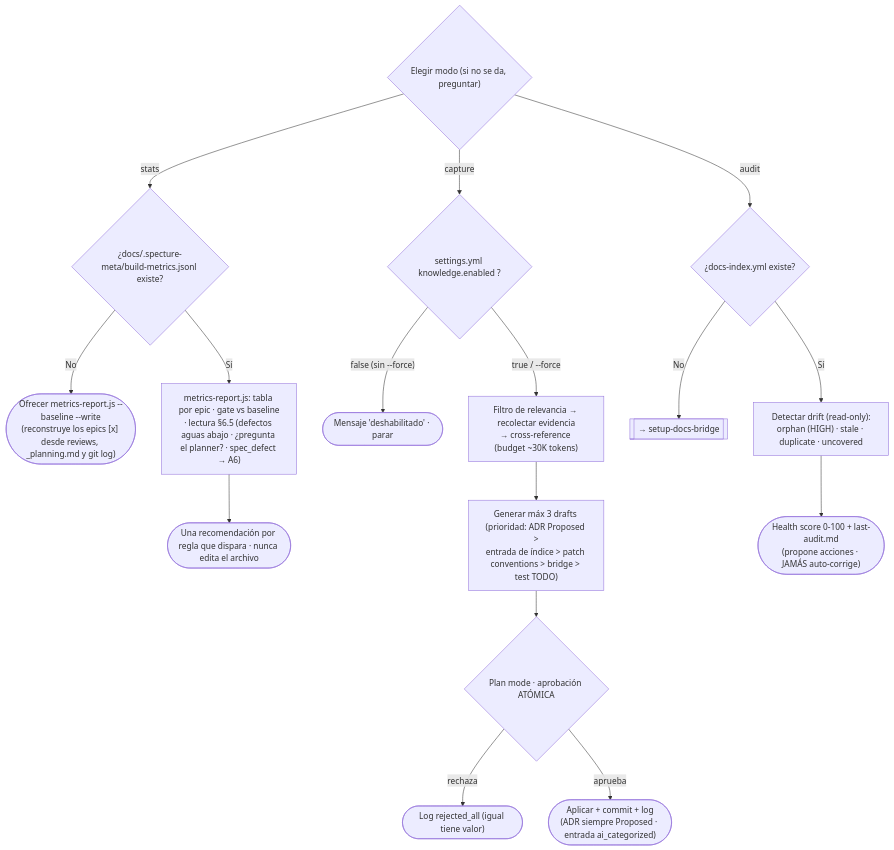
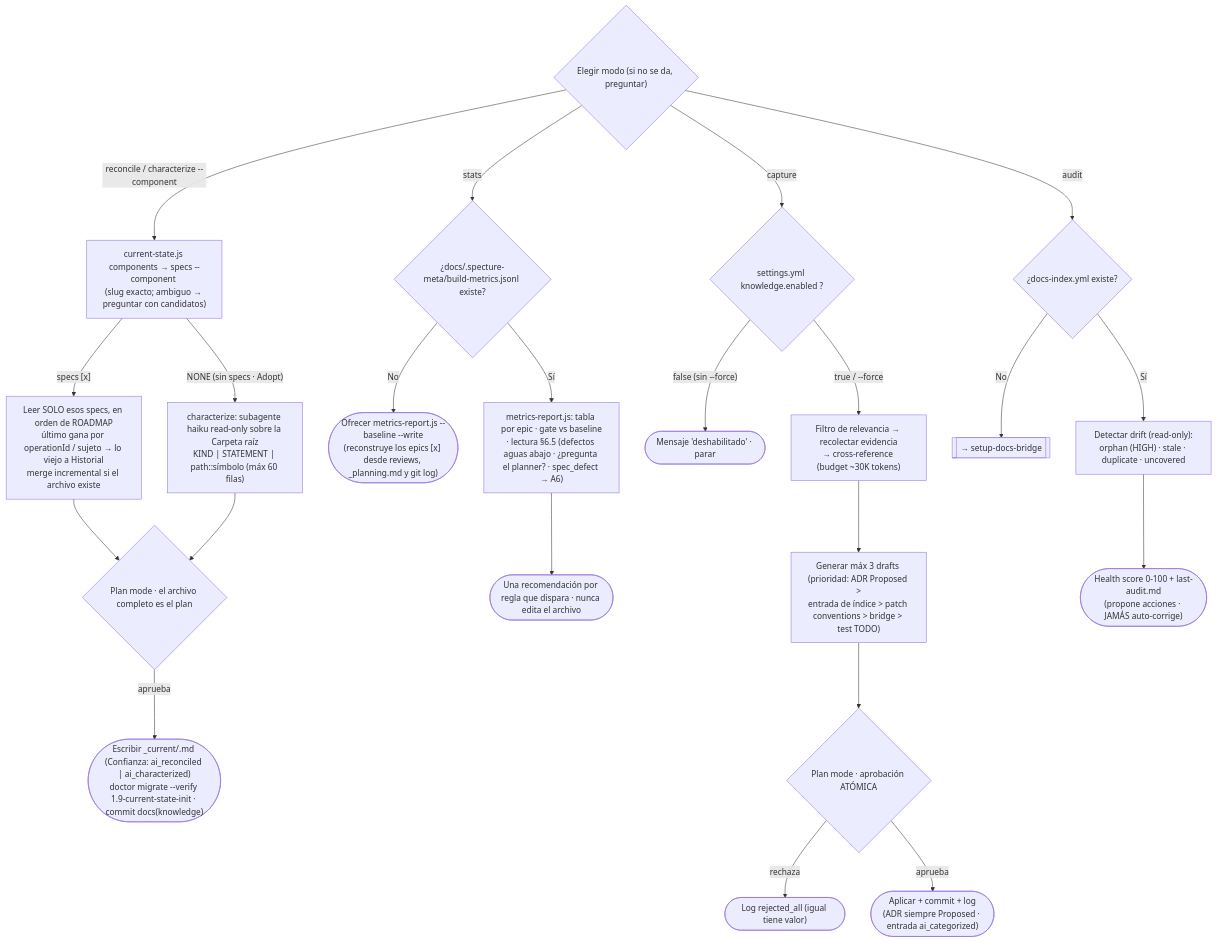
Before and after one commit to FerEscobarDev/Specture: diagram 16 of 19 in docs/execution-flows.md, drawn with Mermaid. The commit also changed other lines of this file and 23 other files, not shown here.

````diff
--- a/docs/execution-flows.md
+++ b/docs/execution-flows.md
@@ -458,22 +459,29 @@
 ```mermaid
 flowchart TD
     M{"Elegir modo (si no se da, preguntar)"}
+
+    M -->|"reconcile / characterize --component"| R0["current-state.js components → specs --component <slug><br/>(slug exacto; ambiguo → preguntar con candidatos)"]
+    R0 -->|"specs [x]"| R1["Leer SOLO esos specs, en orden de ROADMAP<br/>último gana por operationId / sujeto → lo viejo a Historial<br/>merge incremental si el archivo existe"]
+    R0 -->|"NONE (sin specs · Adopt)"| R2["characterize: subagente haiku read-only sobre la Carpeta raíz<br/>KIND | STATEMENT | path::símbolo (máx 60 filas)"]
+    R1 --> R3{"Plan mode · el archivo completo es el plan"}
+    R2 --> R3
+    R3 -->|"aprueba"| R4(["Escribir _current/<slug>.md (Confianza: ai_reconciled | ai_characterized)<br/>doctor migrate --verify 1.9-current-state-init · commit docs(knowledge)"])
 
     M -->|"stats"| ST0{"¿docs/.specture-meta/build-metrics.jsonl existe?"}
     ST0 -->|No| ST1(["Ofrecer metrics-report.js --baseline --write<br/>(reconstruye los epics [x] desde reviews, _planning.md y git log)"])
     ST0 -->|Sí| ST2["metrics-report.js: tabla por epic · gate vs baseline<br/>· lectura §6.5 (defectos aguas abajo · ¿pregunta el planner? · spec_defect → A6)"]
     ST2 --> ST3(["Una recomendación por regla que dispara · nunca edita el archivo"])
 
     M -->|"capture"| C0{"settings.yml knowledge.enabled ?"}
     C0 -->|"false (sin --force)"| STOP1(["Mensaje 'deshabilitado' · parar"])
     C0 -->|"true / --force"| C1["Filtro de relevancia → recolectar evidencia<br/>→ cross-reference (budget ~30K tokens)"]
     C1 --> C3["Generar máx 3 drafts (prioridad: ADR Proposed ><br/>entrada de índice > patch conventions > bridge > test TODO)"]
     C3 --> C4{"Plan mode · aprobación ATÓMICA"}
     C4 -->|"rechaza"| LOG(["Log rejected_all (igual tiene valor)"])
     C4 -->|"aprueba"| C5(["Aplicar + commit + log<br/>(ADR siempre Proposed · entrada ai_categorized)"])
 
     M -->|"audit"| A0{"¿docs-index.yml existe?"}
     A0 -->|No| BRG[["→ setup-docs-bridge"]]
     A0 -->|Sí| A2["Detectar drift (read-only):<br/>orphan (HIGH) · stale · duplicate · uncovered"]
     A2 --> A4(["Health score 0-100 + last-audit.md<br/>(propone acciones · JAMÁS auto-corrige)"])
 ```
````
